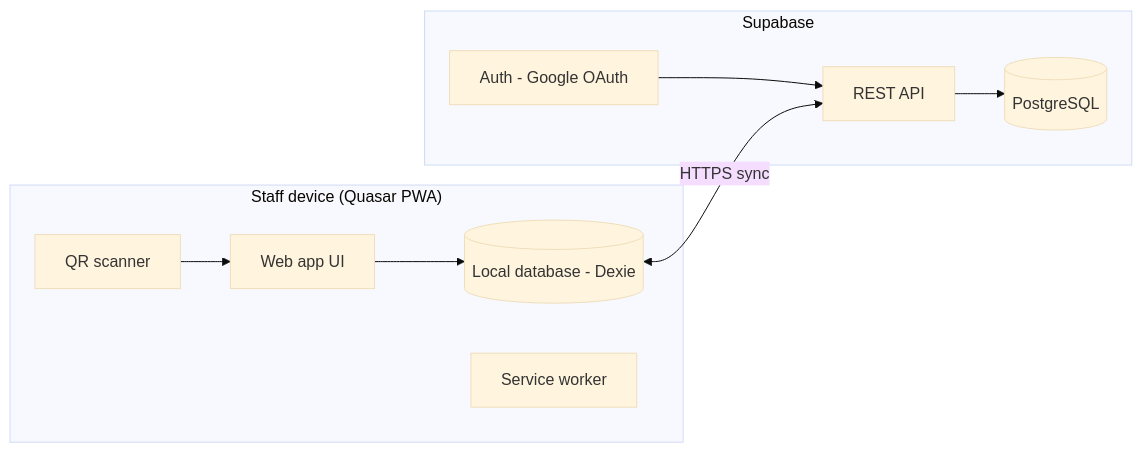
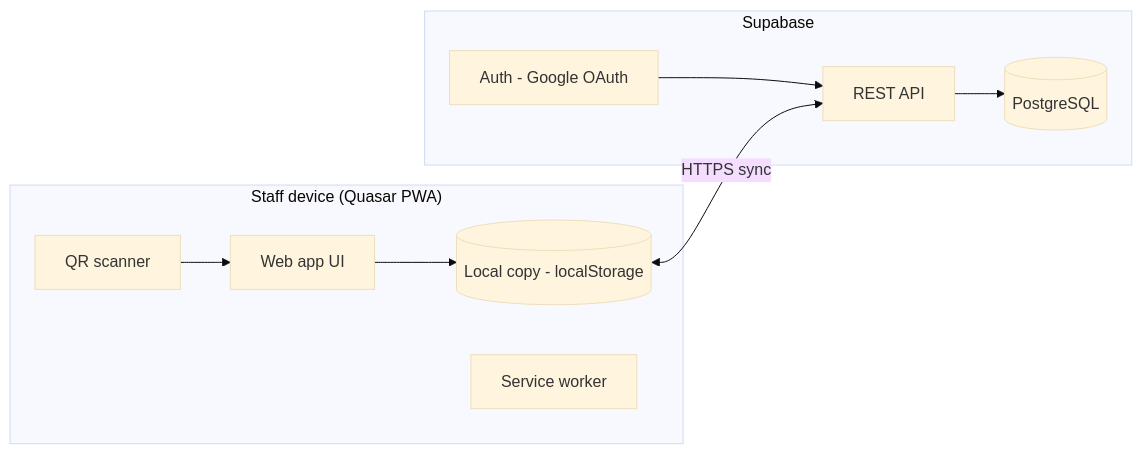
One commit to Basher-kap/qr-attendance changed the diagram in README.md. Above: the diagram before and after it, drawn with Mermaid (base theme). The commit also changed other lines of this file and 3 other files, not shown here.

````diff
--- a/README.md
+++ b/README.md
@@ -28,13 +29,13 @@
 ```mermaid
 flowchart LR
   subgraph Device["Staff device (Quasar PWA)"]
     Scanner[QR scanner] --> UI[Web app UI]
-    UI --> Local[(Local database - Dexie)]
+    UI --> Local[(Local copy - localStorage)]
     SW[Service worker]
   end
   subgraph Cloud["Supabase"]
     Auth[Auth - Google OAuth] --> API[REST API]
     API --> DB[(PostgreSQL)]
   end
   Local <-->|HTTPS sync| API
 ```
````
